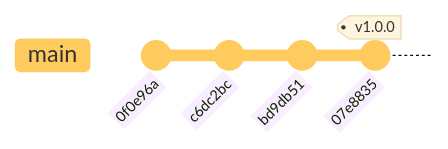
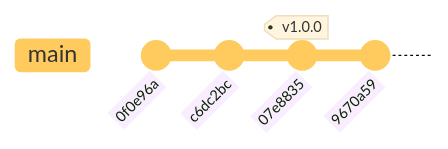
Before and after one commit to umr-marbec/git-training: the eighth of 19 diagrams in slides-git-quarto/slides-training.qmd, drawn with Mermaid. The commit also changed other lines of this file and 1 other file, not shown here.

````diff
--- a/slides-git-quarto/slides-training.qmd
+++ b/slides-git-quarto/slides-training.qmd
@@ -260,10 +259,10 @@
 ```{mermaid}
 %%| fig-width: 10
 %%| fig-height: 1.5
 %%{init: { 'logLevel': 'debug', 'theme': 'base', 'gitGraph': {'rotateCommitLabel': true}}}%%
 gitGraph
     commit id: "0f0e96a"
     commit id: "c6dc2bc"
-    commit id: "bd9db51"
     commit id: "07e8835" tag: "v1.0.0"
+    commit id: "9670a59"
 ```
````
